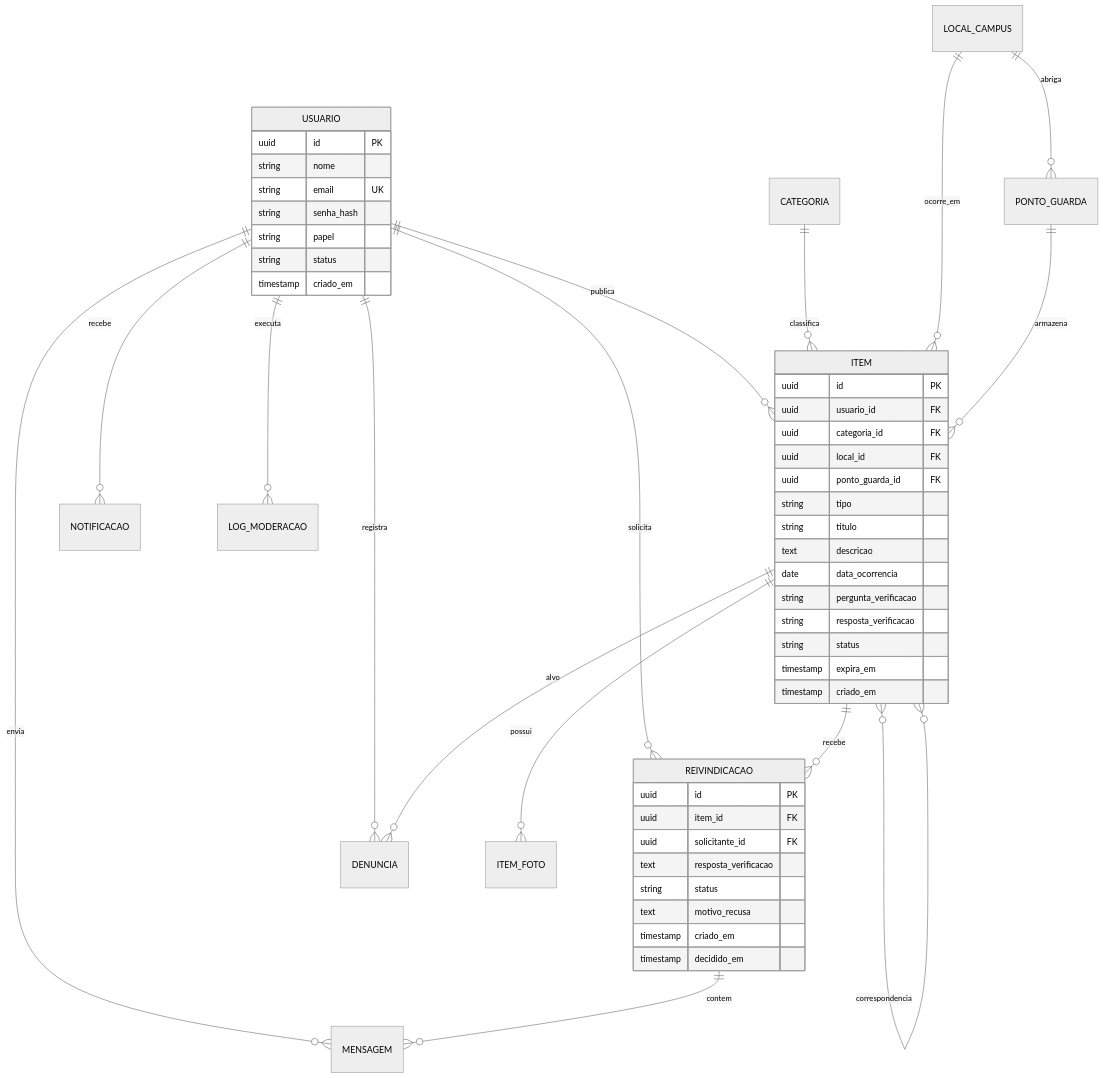
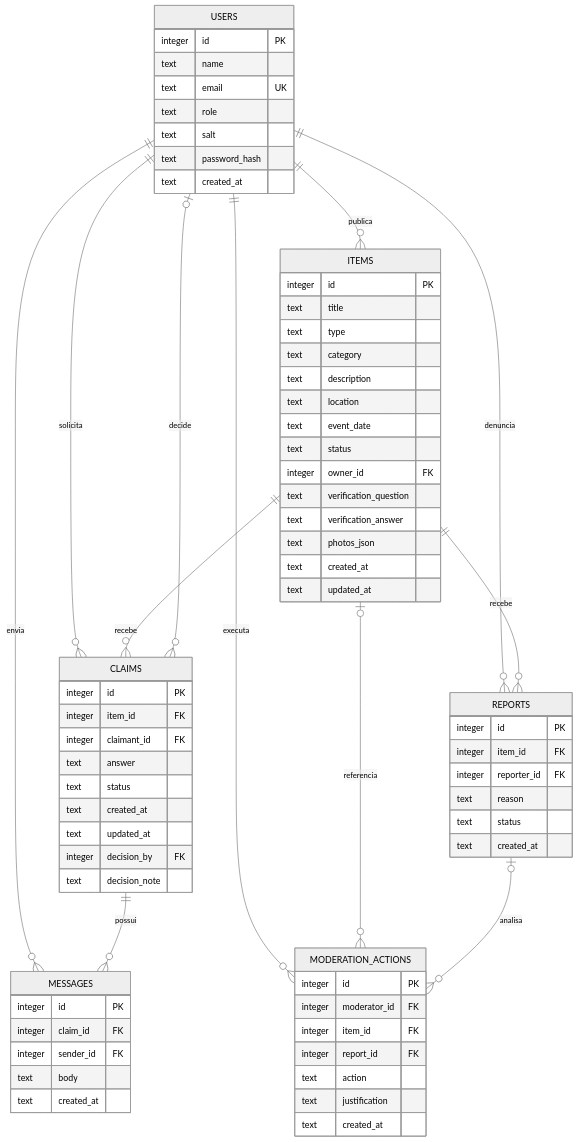
One commit to BrunoDeud/MVP changed the diagram in docs/Modelagem-de-dados/der.md. Above: the diagram before and after it, drawn with Mermaid (neutral theme). The commit also changed other lines of this file and 18 other files, not shown here.

````diff
--- a/docs/Modelagem-de-dados/der.md
+++ b/docs/Modelagem-de-dados/der.md
@@ -3,54 +5,75 @@
 ```mermaid
 erDiagram
-    USUARIO ||--o{ ITEM : publica
-    USUARIO ||--o{ REIVINDICACAO : solicita
-    USUARIO ||--o{ MENSAGEM : envia
-    USUARIO ||--o{ DENUNCIA : registra
-    USUARIO ||--o{ NOTIFICACAO : recebe
-    USUARIO ||--o{ LOG_MODERACAO : executa
-    CATEGORIA ||--o{ ITEM : classifica
-    LOCAL_CAMPUS ||--o{ ITEM : ocorre_em
-    PONTO_GUARDA ||--o{ ITEM : armazena
-    LOCAL_CAMPUS ||--o{ PONTO_GUARDA : abriga
-    ITEM ||--o{ ITEM_FOTO : possui
-    ITEM ||--o{ REIVINDICACAO : recebe
-    ITEM ||--o{ DENUNCIA : alvo
-    REIVINDICACAO ||--o{ MENSAGEM : contem
-    ITEM }o--o{ ITEM : correspondencia
+    USERS ||--o{ ITEMS : publica
+    USERS ||--o{ CLAIMS : solicita
+    ITEMS ||--o{ CLAIMS : recebe
+    USERS ||--o{ REPORTS : denuncia
+    ITEMS ||--o{ REPORTS : recebe
+    USERS ||--o{ MESSAGES : envia
+    CLAIMS ||--o{ MESSAGES : possui
+    USERS ||--o{ MODERATION_ACTIONS : executa
+    ITEMS o|--o{ MODERATION_ACTIONS : referencia
+    REPORTS o|--o{ MODERATION_ACTIONS : analisa
+    USERS o|--o{ CLAIMS : decide
 
-    USUARIO {
-        uuid id PK
-        string nome
-        string email UK
-        string senha_hash
-        string papel
-        string status
-        timestamp criado_em
+    USERS {
+        integer id PK
+        text name
+        text email UK
+        text role
+        text salt
+        text password_hash
+        text created_at
     }
-    ITEM {
-        uuid id PK
-        uuid usuario_id FK
-        uuid categoria_id FK
-        uuid local_id FK
-        uuid ponto_guarda_id FK
-        string tipo
-        string titulo
-        text descricao
-        date data_ocorrencia
-        string pergunta_verificacao
-        string resposta_verificacao
-        string status
-        timestamp expira_em
-        timestamp criado_em
+    ITEMS {
+        integer id PK
+        text title
+        text type
+        text category
+        text description
+        text location
+        text event_date
+        text status
+        integer owner_id FK
+        text verification_question
+        text verification_answer
+        text photos_json
+        text created_at
+        text updated_at
     }
-    REIVINDICACAO {
-        uuid id PK
-        uuid item_id FK
-        uuid solicitante_id FK
-        text resposta_verificacao
-        string status
-        text motivo_recusa
-        timestamp criado_em
-        timestamp decidido_em
+    CLAIMS {
+        integer id PK
+        integer item_id FK
+        integer claimant_id FK
+        text answer
+        text status
+        text created_at
+        text updated_at
+        integer decision_by FK
+        text decision_note
+    }
+    REPORTS {
+        integer id PK
+        integer item_id FK
+        integer reporter_id FK
+        text reason
+        text status
+        text created_at
+    }
+    MODERATION_ACTIONS {
+        integer id PK
+        integer moderator_id FK
+        integer item_id FK
+        integer report_id FK
+        text action
+        text justification
+        text created_at
+    }
+    MESSAGES {
+        integer id PK
+        integer claim_id FK
+        integer sender_id FK
+        text body
+        text created_at
     }
 ```
````
